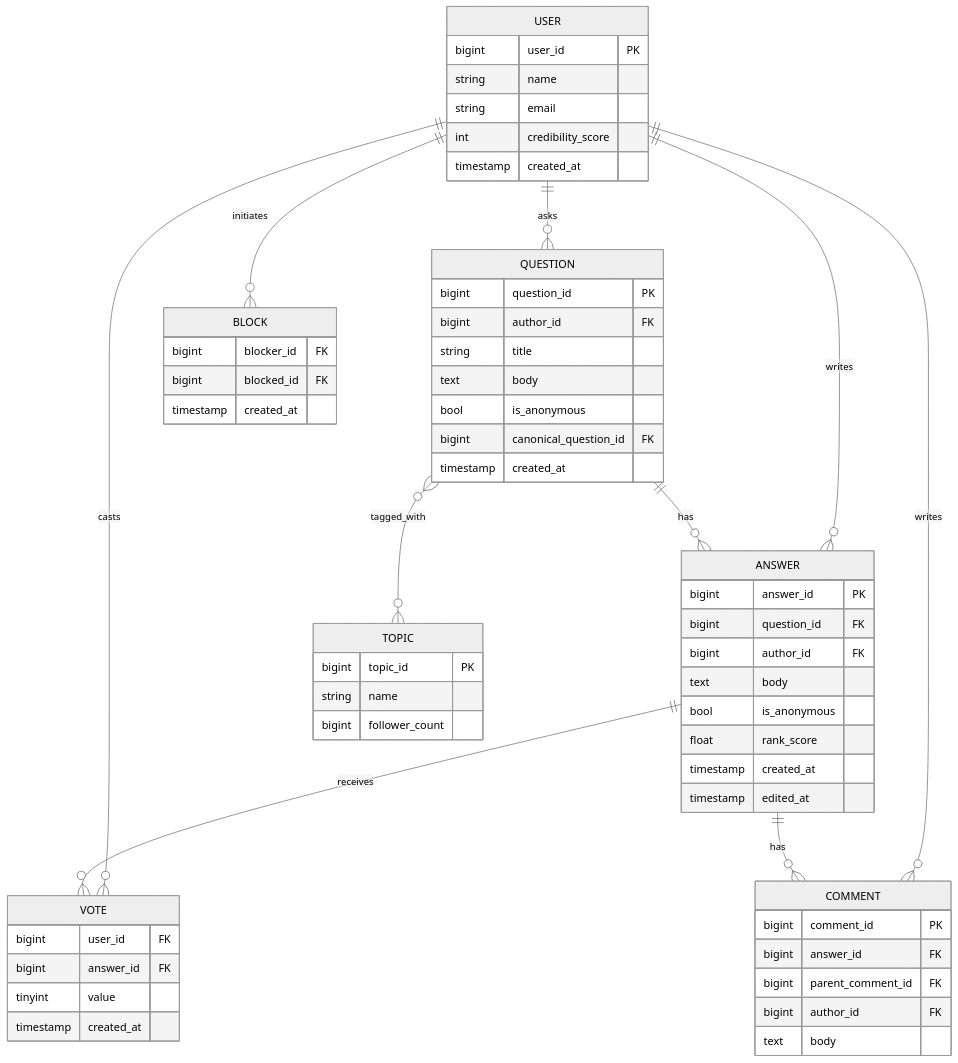
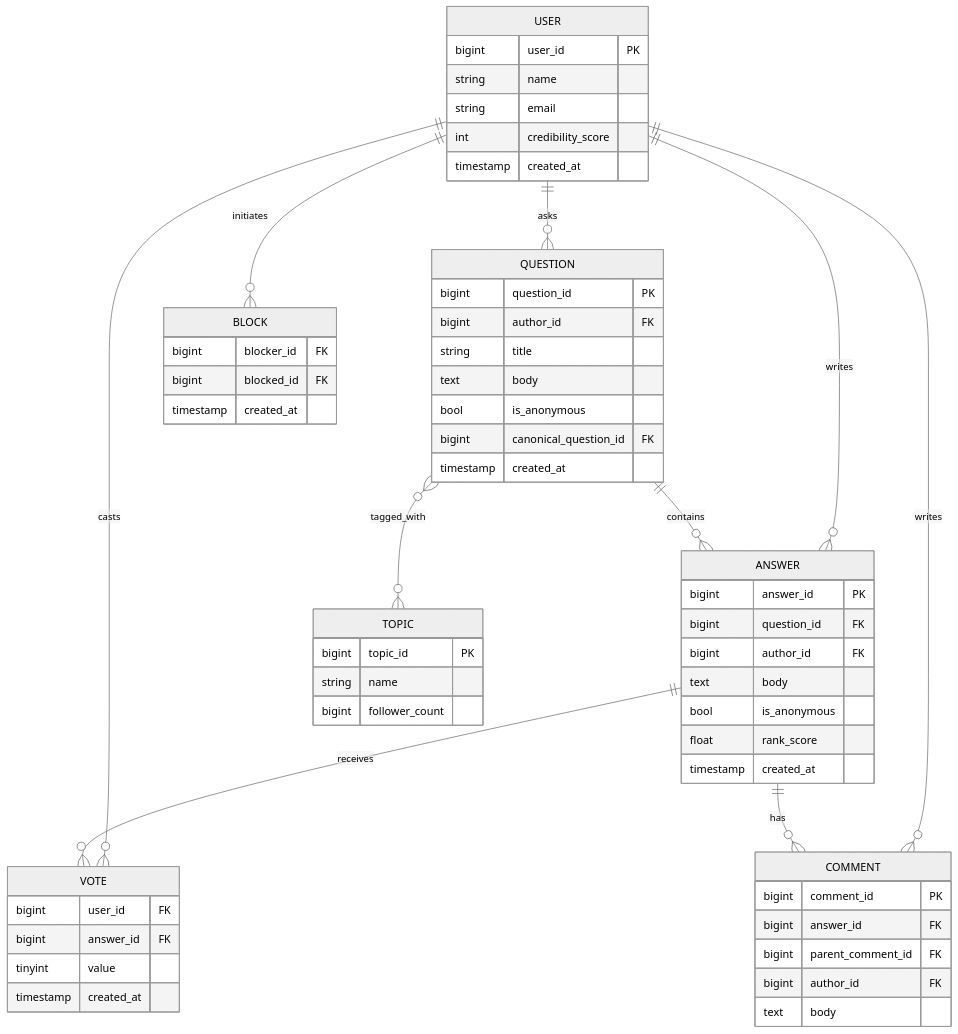
The seventh of 18 diagrams in system-design/HLD/0-course/27-Design Quora-FAANG-Guide.md (riyaz-pasha/Learnings), drawn with Mermaid (neutral theme) before and after one commit. The commit also changed other lines of this file and 1 other file, not shown here.

Commit message:
docs: simplify language, expand examples, and fix mermaid diagrams in Quora guide

````diff
--- a/system-design/HLD/0-course/27-Design Quora-FAANG-Guide.md
+++ b/system-design/HLD/0-course/27-Design Quora-FAANG-Guide.md
@@ -308,62 +374,61 @@
 ```mermaid
 erDiagram
-    USER ||--o{ QUESTION : asks
-    USER ||--o{ ANSWER : writes
-    USER ||--o{ VOTE : casts
-    USER ||--o{ COMMENT : writes
-    USER ||--o{ BLOCK : initiates
-    QUESTION ||--o{ ANSWER : has
-    QUESTION }o--o{ TOPIC : tagged_with
-    ANSWER ||--o{ VOTE : receives
-    ANSWER ||--o{ COMMENT : has
+    USER ||--o{ QUESTION : "asks"
+    USER ||--o{ ANSWER : "writes"
+    USER ||--o{ VOTE : "casts"
+    USER ||--o{ COMMENT : "writes"
+    USER ||--o{ BLOCK : "initiates"
+    QUESTION ||--o{ ANSWER : "contains"
+    QUESTION }o--o{ TOPIC : "tagged_with"
+    ANSWER ||--o{ VOTE : "receives"
+    ANSWER ||--o{ COMMENT : "has"
 
     USER {
         bigint user_id PK
         string name
         string email
         int credibility_score
         timestamp created_at
     }
     QUESTION {
         bigint question_id PK
         bigint author_id FK
         string title
         text body
         bool is_anonymous
         bigint canonical_question_id FK
         timestamp created_at
     }
     ANSWER {
         bigint answer_id PK
         bigint question_id FK
         bigint author_id FK
         text body
         bool is_anonymous
         float rank_score
         timestamp created_at
-        timestamp edited_at
     }
     VOTE {
         bigint user_id FK
         bigint answer_id FK
         tinyint value
         timestamp created_at
     }
     COMMENT {
         bigint comment_id PK
         bigint answer_id FK
         bigint parent_comment_id FK
         bigint author_id FK
         text body
     }
     TOPIC {
         bigint topic_id PK
         string name
         bigint follower_count
     }
     BLOCK {
         bigint blocker_id FK
         bigint blocked_id FK
         timestamp created_at
     }
 ```
````
